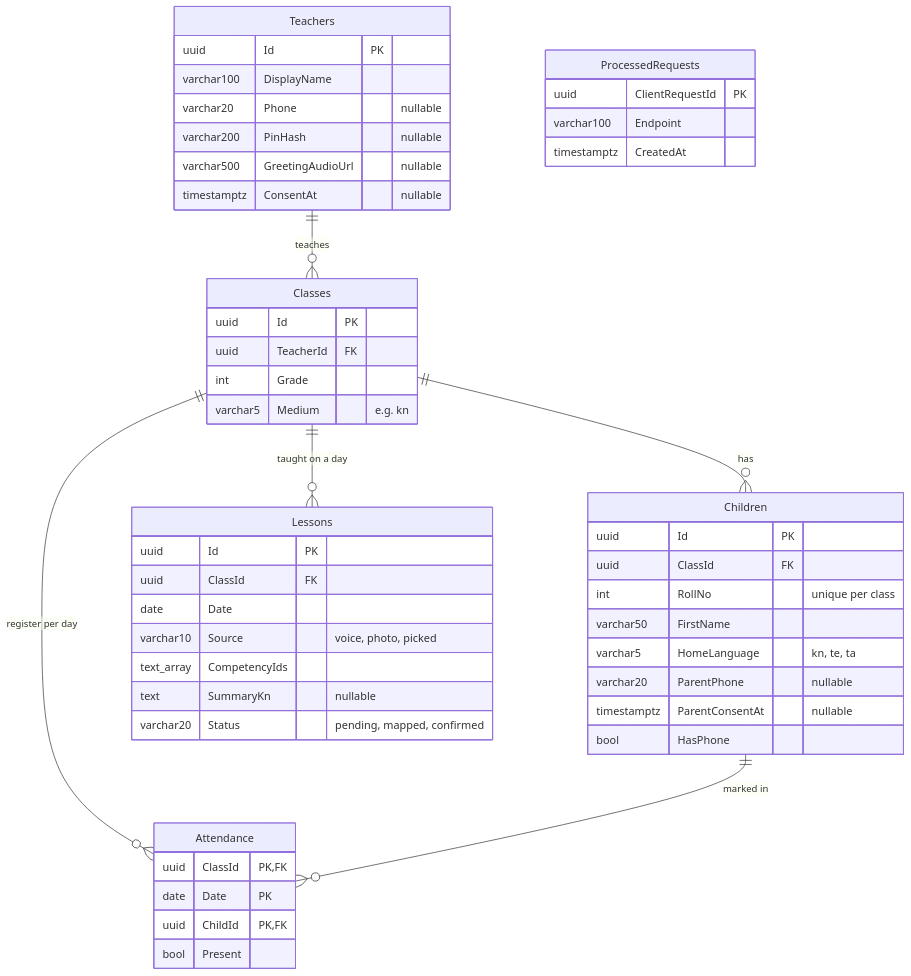
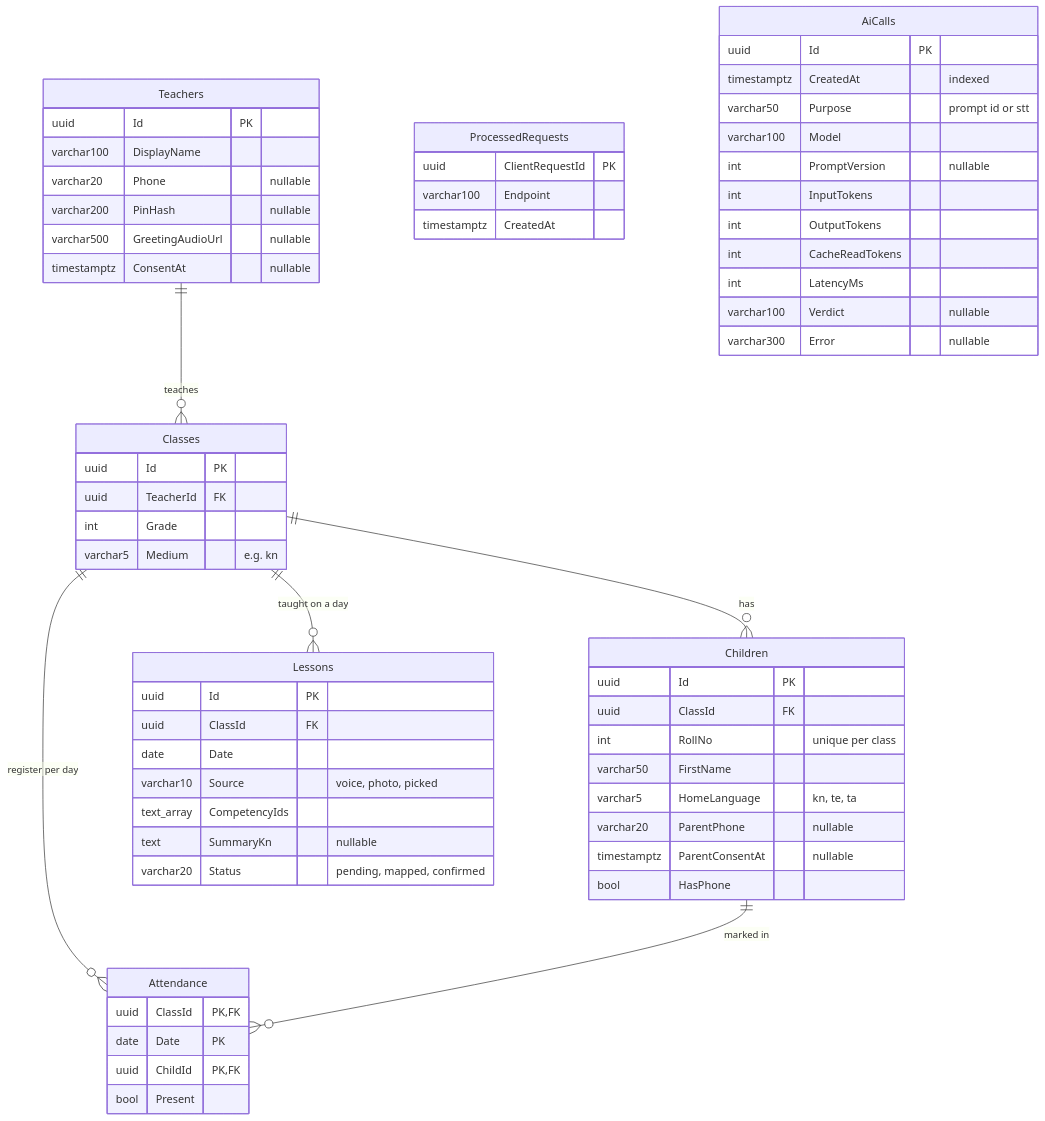
The first of 2 diagrams in docs/database.md (rahul-oswal07/slate-ai), drawn with Mermaid before and after one commit. The commit also changed other lines of this file and 32 other files, not shown here.

````diff
--- a/docs/database.md
+++ b/docs/database.md
@@ -13,53 +13,66 @@
 ```mermaid
 erDiagram
     Teachers ||--o{ Classes : teaches
     Classes ||--o{ Children : has
     Classes ||--o{ Attendance : "register per day"
     Children ||--o{ Attendance : "marked in"
     Classes ||--o{ Lessons : "taught on a day"
 
     Teachers {
         uuid Id PK
         varchar100 DisplayName
         varchar20 Phone "nullable"
         varchar200 PinHash "nullable"
         varchar500 GreetingAudioUrl "nullable"
         timestamptz ConsentAt "nullable"
     }
     Classes {
         uuid Id PK
         uuid TeacherId FK
         int Grade
         varchar5 Medium "e.g. kn"
     }
     Children {
         uuid Id PK
         uuid ClassId FK
         int RollNo "unique per class"
         varchar50 FirstName
         varchar5 HomeLanguage "kn, te, ta"
         varchar20 ParentPhone "nullable"
         timestamptz ParentConsentAt "nullable"
         bool HasPhone
     }
     Attendance {
         uuid ClassId PK,FK
         date Date PK
         uuid ChildId PK,FK
         bool Present
     }
     Lessons {
         uuid Id PK
         uuid ClassId FK
         date Date
         varchar10 Source "voice, photo, picked"
         text_array CompetencyIds
         text SummaryKn "nullable"
         varchar20 Status "pending, mapped, confirmed"
     }
     ProcessedRequests {
         uuid ClientRequestId PK
         varchar100 Endpoint
         timestamptz CreatedAt
     }
+    AiCalls {
+        uuid Id PK
+        timestamptz CreatedAt "indexed"
+        varchar50 Purpose "prompt id or stt"
+        varchar100 Model
+        int PromptVersion "nullable"
+        int InputTokens
+        int OutputTokens
+        int CacheReadTokens
+        int LatencyMs
+        varchar100 Verdict "nullable"
+        varchar300 Error "nullable"
+    }
 ```
````
